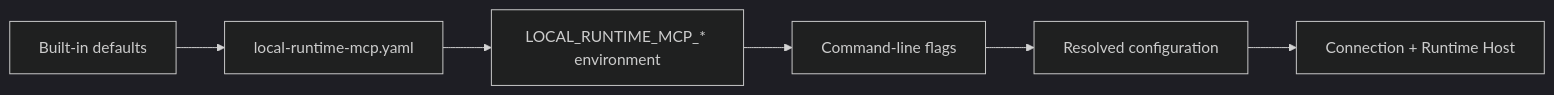
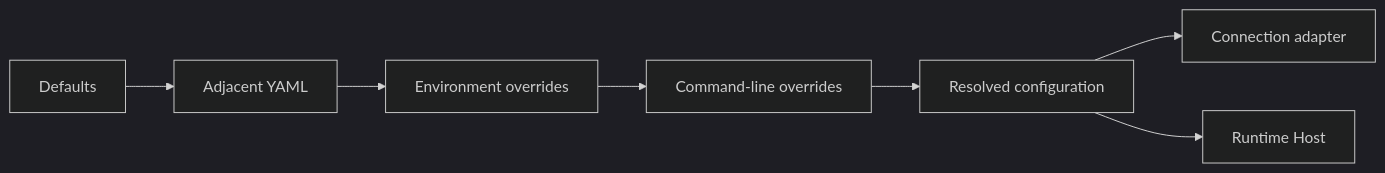
One commit to hicancan/local-runtime-mcp changed the second of 7 diagrams in README.md. Above: the diagram before and after it, drawn with Mermaid (dark theme). The commit also changed other lines of this file and 65 other files, not shown here.

````diff
--- a/README.md
+++ b/README.md
@@ -139,8 +100,9 @@
 ```mermaid
 flowchart LR
-    D[Built-in defaults] --> Y[local-runtime-mcp.yaml]
-    Y --> E[LOCAL_RUNTIME_MCP_* environment]
-    E --> A[Command-line flags]
-    A --> R[Resolved configuration]
-    R --> H[Connection + Runtime Host]
+    Defaults[Defaults] --> YAML[Adjacent YAML]
+    YAML --> Environment[Environment overrides]
+    Environment --> Flags[Command-line overrides]
+    Flags --> Config[Resolved configuration]
+    Config --> Connection[Connection adapter]
+    Config --> Host[Runtime Host]
 ```
````
